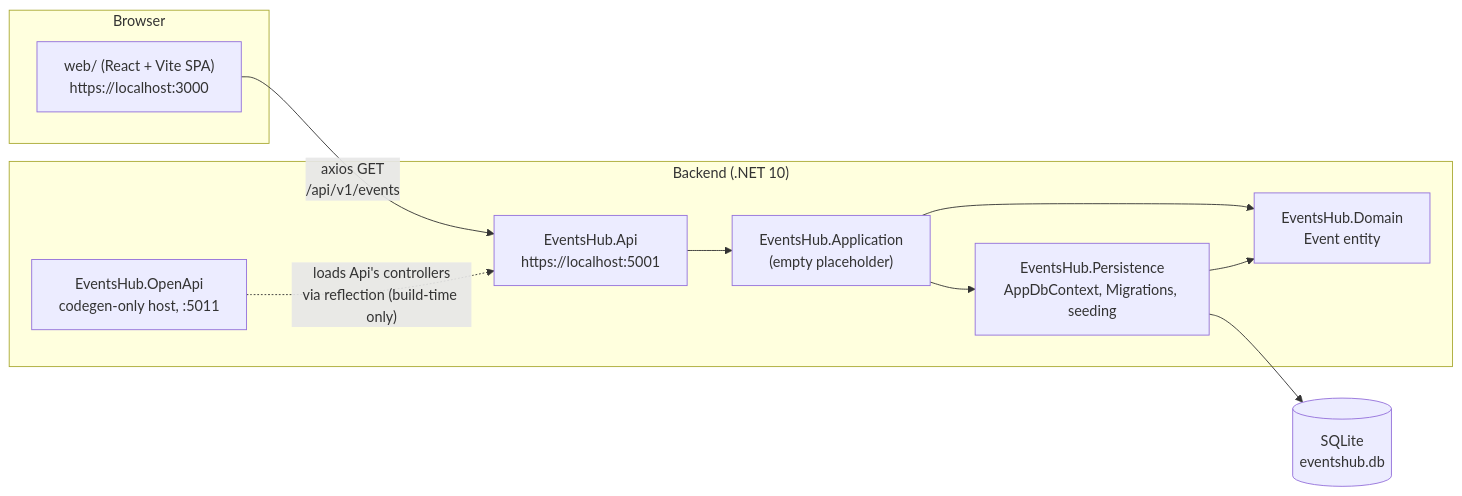
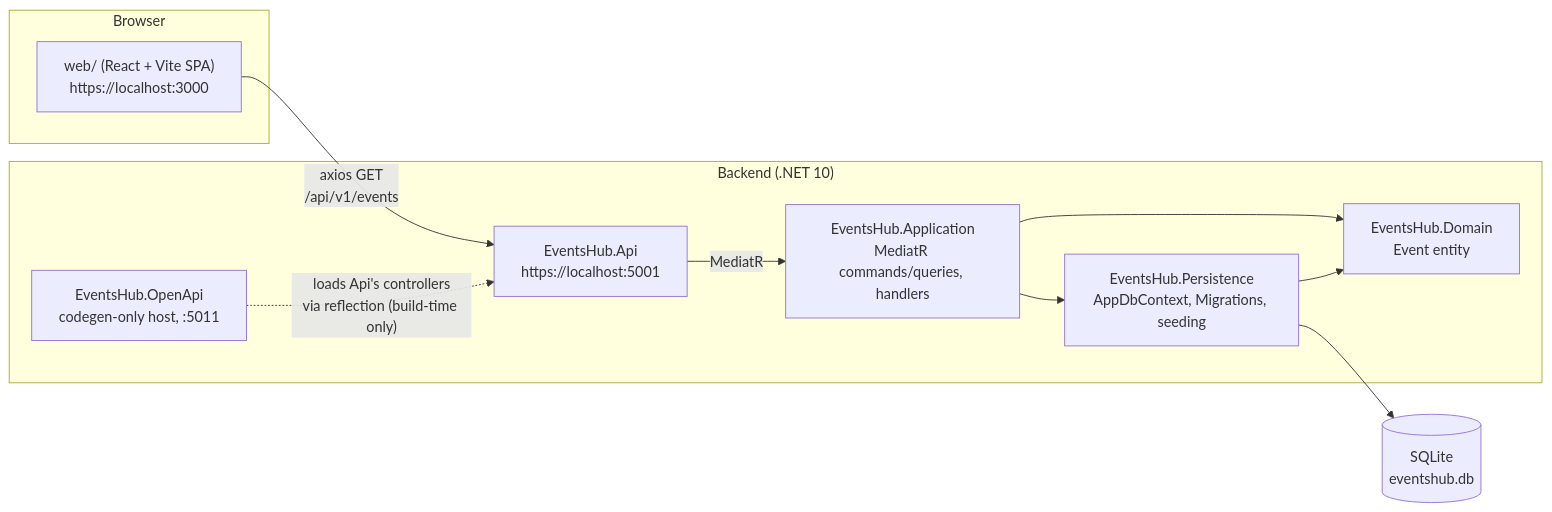
One commit to raulivan1200/Web-Services changed the diagram in docs/Architecture.md. Above: the diagram before and after it, drawn with Mermaid. The commit also changed other lines of this file and 2 other files, not shown here.

Commit message:
docs(parcial02): fix stale architecture descriptions and paths

````diff
--- a/docs/Architecture.md
+++ b/docs/Architecture.md
@@ -12,24 +12,24 @@
 ```mermaid
 graph LR
     subgraph Browser
         Web["web/ (React + Vite SPA)<br/>https://localhost:3000"]
     end
 
     subgraph "Backend (.NET 10)"
         Api["EventsHub.Api<br/>https://localhost:5001"]
-        App["EventsHub.Application<br/>(empty placeholder)"]
+        App["EventsHub.Application<br/>MediatR commands/queries, handlers"]
         Pers["EventsHub.Persistence<br/>AppDbContext, Migrations, seeding"]
         Dom["EventsHub.Domain<br/>Event entity"]
         OpenApi["EventsHub.OpenApi<br/>codegen-only host, :5011"]
     end
 
     Db[("SQLite<br/>eventshub.db")]
 
     Web -- "axios GET<br/>/api/v1/events" --> Api
-    Api --> App
+    Api -- "MediatR" --> App
     App --> Pers
     App --> Dom
     Pers --> Dom
     Pers --> Db
     OpenApi -. "loads Api's controllers<br/>via reflection (build-time only)" .-> Api
 ```
````
